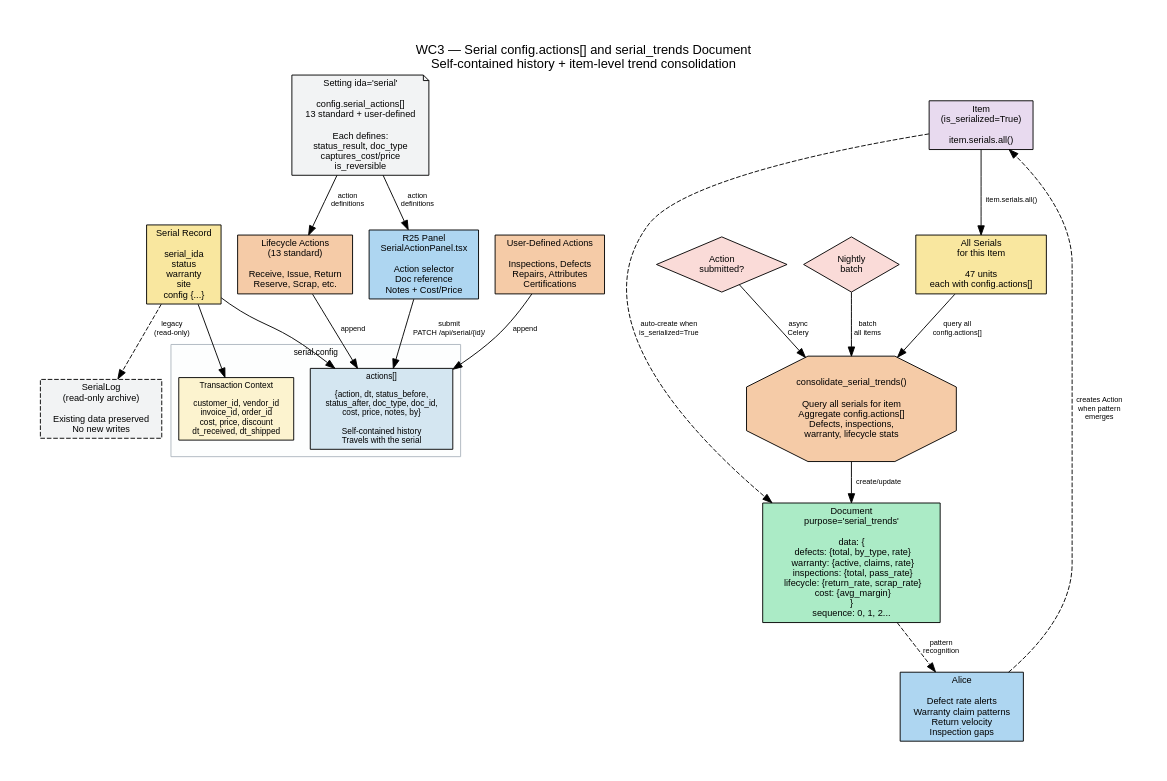
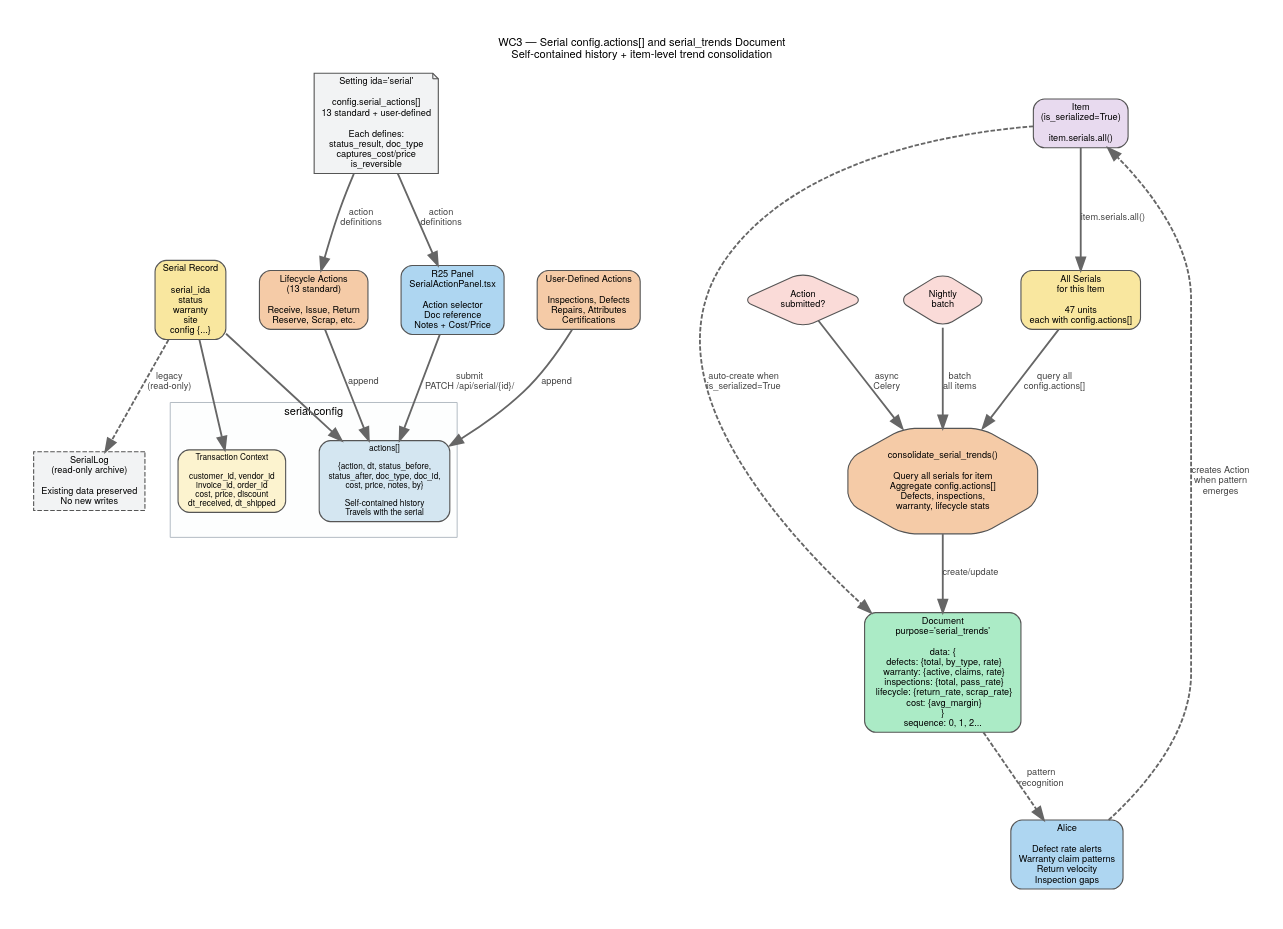
One commit to JPods/allie-core changed the diagram in readmes/flowcharts/wc3-serial-actions.enriched.dot. Above: the diagram before and after it, drawn with Graphviz. The commit also changed 121 other files, not shown here.

First line of the commit message:
CodeMap: live architecture tool — 3 layers, 34 flowcharts, 55+ mapped nodes

```diff
--- a/readmes/flowcharts/wc3-serial-actions.enriched.dot
+++ b/readmes/flowcharts/wc3-serial-actions.enriched.dot
@@ -1,99 +1,121 @@
 // WC3 Serial Actions — config.actions[] and serial_trends Document
 // Render: dot -Tpdf wc3-serial-actions.dot -o wc3-serial-actions.pdf
 
 // CodeMap revision: 1 — 2026-08-11
 
 digraph wc3_serial_actions {
+    // ── CodeMap Standard Style ──
+    fontname="Helvetica Neue,Helvetica,Arial,sans-serif"
+    fontsize=12
+    bgcolor="white"
+    pad=0.4
+    nodesep=0.5
+    ranksep=0.6
+    splines=true
+    ratio=0.75
+
+    node [
+        fontname="Helvetica Neue,Helvetica,Arial,sans-serif"
+        fontsize=10
+        style="filled,rounded"
+        shape=box
+        penwidth=1.2
+        color="#555555"
+        margin="0.12,0.06"
+    ]
+
+    edge [
+        fontname="Helvetica Neue,Helvetica,Arial,sans-serif"
+        fontsize=10
+        penwidth=2.0
+        arrowhead=normal
+        arrowsize=1.4
+        color="#666666"
+        fontcolor="#444444"
+    ]
+
     rankdir=TB
-    fontname="Helvetica"
-    fontsize=11
-    node [fontname="Helvetica" fontsize=10 style=filled]
-    edge [fontname="Helvetica" fontsize=8]
     label="WC3 — Serial config.actions[] and serial_trends Document\nSelf-contained history + item-level trend consolidation"
     labelloc=t
-    fontsize=14
-    pad=0.5
 
     // --- Serial record ---
     serial [label="Serial Record\n\nserial_ida\nstatus\nwarranty\nsite\nconfig {...}" shape=box fillcolor="#F9E79F"]
 
     // --- config.actions[] ---
     subgraph cluster_config {
         label="serial.config"
         style=filled fillcolor="#FDFEFE" color="#AEB6BF"
-        fontsize=9
 
         context [label="Transaction Context\n\ncustomer_id, vendor_id\ninvoice_id, order_id\ncost, price, discount\ndt_received, dt_shipped" shape=box fillcolor="#FCF3CF" fontsize=9]
 
         actions [label="actions[]\n\n{action, dt, status_before,\nstatus_after, doc_type, doc_id,\ncost, price, notes, by}\n\nSelf-contained history\nTravels with the serial" shape=box fillcolor="#D4E6F1" fontsize=9]
     }
 
     // --- Action sources ---
     subgraph cluster_sources {
         label="Action Sources"
         style=filled fillcolor="#FDEBD0" color="#E59866"
-        fontsize=9
 
         lifecycle [label="Lifecycle Actions\n(13 standard)\n\nReceive, Issue, Return\nReserve, Scrap, etc." shape=box fillcolor="#F5CBA7"]
         user_actions [label="User-Defined Actions\n\nInspections, Defects\nRepairs, Attributes\nCertifications" shape=box fillcolor="#F5CBA7"]
         r25 [label="R25 Panel\nSerialActionPanel.tsx\n\nAction selector\nDoc reference\nNotes + Cost/Price" shape=box fillcolor="#AED6F1"]
     }
 
     // --- Setting ---
     setting [label="Setting ida='serial'\n\nconfig.serial_actions[]\n13 standard + user-defined\n\nEach defines:\nstatus_result, doc_type\ncaptures_cost/price\nis_reversible" shape=note fillcolor="#F2F3F4"]
 
     // --- Item ---
     item [label="Item\n(is_serialized=True)\n\nitem.serials.all()" shape=box fillcolor="#E8DAEF" URL="vscode://file/Users/williamjames/Documents/CommerceExpert/webClerk3/apps/products/models/item.py:196" target="_blank" tooltip="Product with quantity JSON tracking all inventory buckets.\nModel: apps/products/models/item.py:196\nFunctions:
   Item.quantity @ apps/products/models/item.py:238 (JSONField with on_hand, allocated, available, on_p, on_so, on_in, on_po, on_wo, on_r)"]
 
     // --- All serials for item ---
     serials_group [label="All Serials\nfor this Item\n\n47 units\neach with config.actions[]" shape=box fillcolor="#F9E79F"]
 
     // --- Trend consolidation ---
     consolidate [label="consolidate_serial_trends()\n\nQuery all serials for item\nAggregate config.actions[]\nDefects, inspections,\nwarranty, lifecycle stats" shape=octagon fillcolor="#F5CBA7"]
 
     // --- serial_trends Document ---
     trends_doc [label="Document\npurpose='serial_trends'\n\ndata: {\n  defects: {total, by_type, rate}\n  warranty: {active, claims, rate}\n  inspections: {total, pass_rate}\n  lifecycle: {return_rate, scrap_rate}\n  cost: {avg_margin}\n}\nsequence: 0, 1, 2..." shape=box fillcolor="#ABEBC6"]
 
     // --- Alice ---
     alice [label="Alice\n\nDefect rate alerts\nWarranty claim patterns\nReturn velocity\nInspection gaps" shape=box fillcolor="#AED6F1"]
 
     // --- Triggers ---
     trigger_action [label="Action\nsubmitted?" shape=diamond fillcolor="#FADBD8"]
     trigger_nightly [label="Nightly\nbatch" shape=diamond fillcolor="#FADBD8"]
 
     // --- SerialLog archive ---
     archive [label="SerialLog\n(read-only archive)\n\nExisting data preserved\nNo new writes" shape=box fillcolor="#F2F3F4" style="filled,dashed"]
 
     // --- Edges: Serial structure ---
     serial -> context
     serial -> actions
     serial -> archive [label="legacy\n(read-only)" style=dashed]
 
     // --- Edges: Action input ---
     lifecycle -> actions [label="append"]
     user_actions -> actions [label="append"]
     r25 -> actions [label="submit\nPATCH /api/serial/{id}/"]
     setting -> r25 [label="action\ndefinitions"]
     setting -> lifecycle [label="action\ndefinitions"]
 
     // --- Edges: Item to serials ---
     item -> serials_group [label="item.serials.all()"]
 
     // --- Edges: Trend consolidation ---
     serials_group -> consolidate [label="query all\nconfig.actions[]"]
     consolidate -> trends_doc [label="create/update"]
     item -> trends_doc [label="auto-create when\nis_serialized=True" style=dashed]
 
     // --- Edges: Triggers ---
     trigger_action -> consolidate [label="async\nCelery"]
     trigger_nightly -> consolidate [label="batch\nall items"]
 
     // --- Edges: Alice monitors ---
     trends_doc -> alice [label="pattern\nrecognition" style=dashed]
     alice -> item [label="creates Action\nwhen pattern\nemerges" style=dashed]
 
     // --- Layout ---
     {rank=same; lifecycle; user_actions; r25}
     {rank=same; trigger_action; trigger_nightly}
 }
```
